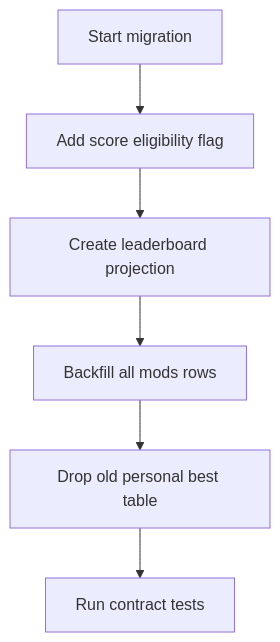
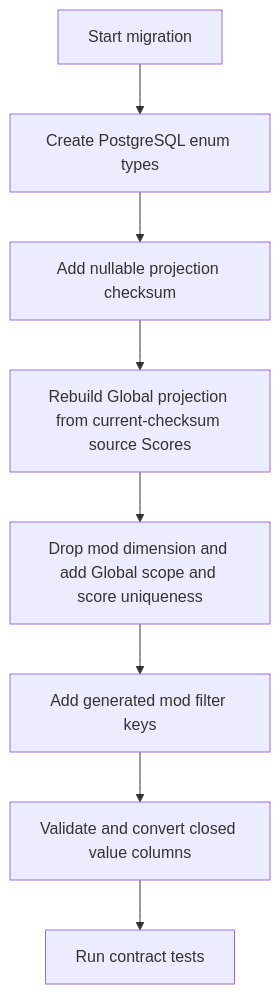
One commit to Reticulmz/athena changed the sixth of 6 diagrams in .kiro/specs/beatmap-leaderboards/design.md. Above: the diagram before and after it, drawn with Mermaid. The commit also changed other lines of this file and 130 other files, not shown here.

````diff
--- a/.kiro/specs/beatmap-leaderboards/design.md
+++ b/.kiro/specs/beatmap-leaderboards/design.md
@@ -868,8 +904,10 @@
 ```mermaid
 graph TB
-    Start[Start migration] --> AddScoreFlag[Add score eligibility flag]
-    AddScoreFlag --> CreateProjection[Create leaderboard projection]
-    CreateProjection --> BackfillAllMods[Backfill all mods rows]
-    BackfillAllMods --> DropOld[Drop old personal best table]
-    DropOld --> Verify[Run contract tests]
+    Start[Start migration] --> CreateEnumTypes[Create PostgreSQL enum types]
+    CreateEnumTypes --> AddChecksum[Add nullable projection checksum]
+    AddChecksum --> RebuildProjection[Rebuild Global projection from current-checksum source Scores]
+    RebuildProjection --> ConstrainGlobal[Drop mod dimension and add Global scope and score uniqueness]
+    ConstrainGlobal --> AddGeneratedKeys[Add generated mod filter keys]
+    AddGeneratedKeys --> ConvertEnums[Validate and convert closed value columns]
+    ConvertEnums --> Verify[Run contract tests]
 ```
````
